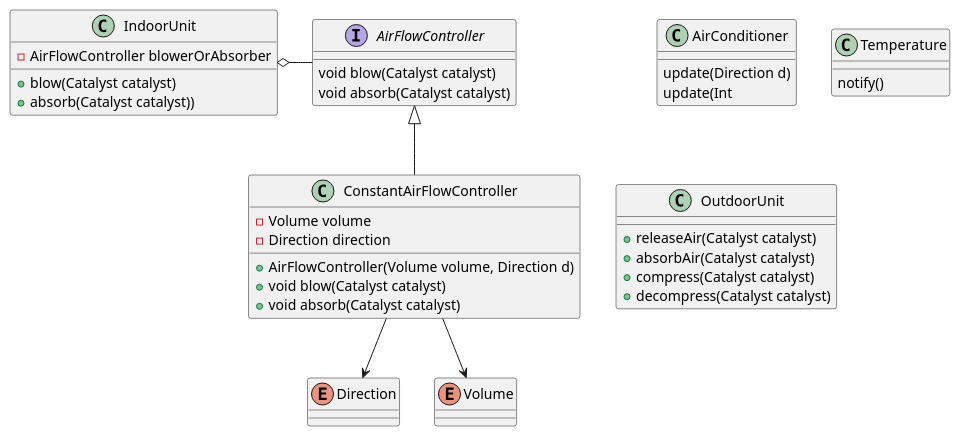
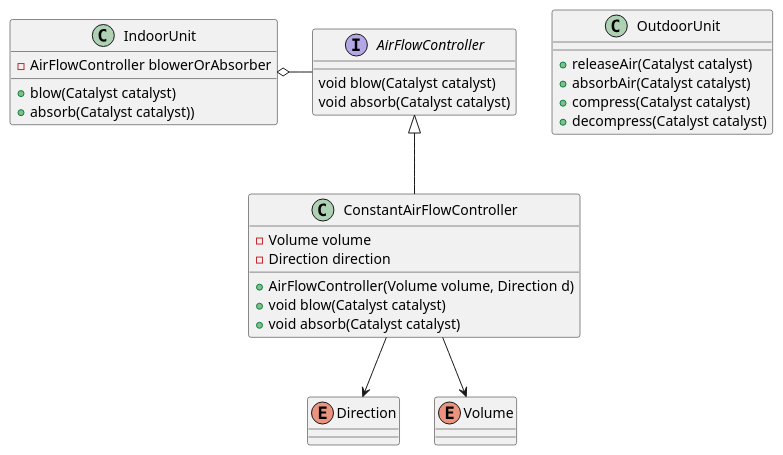
Before and after one commit to yatakeke/modeling-training: the diagram in air-conditioner.puml, drawn with PlantUML.

Commit message:
一時的に不要なクラスの削除

```diff
--- a/air-conditioner.puml
+++ b/air-conditioner.puml
@@ -1,55 +1,47 @@
 @startuml
 'https://plantuml.com/class-diagram
 
-class AirConditioner {
-update(Direction d)
-update(Int
-}
-
-class Temperature {
-notify()
-}
 'templateパターンでwarmとcoolが実装できるかも？
 
 '意図がindoorUnitと少し違うことを明確にするためにあえて違う名前にしてみた
 class OutdoorUnit {
 +releaseAir(Catalyst catalyst)
 +absorbAir(Catalyst catalyst)
 +compress(Catalyst catalyst)
 +decompress(Catalyst catalyst)
 }
 
 class IndoorUnit {
 -AirFlowController blowerOrAbsorber
 +blow(Catalyst catalyst)
 +absorb(Catalyst catalyst))
 }
 
 IndoorUnit o-right- AirFlowController
 
 interface AirFlowController {
 void blow(Catalyst catalyst)
 void absorb(Catalyst catalyst)
 }
 
 AirFlowController <|-- ConstantAirFlowController
 'TODO: autoとかの実装を後ほどする
 
 class ConstantAirFlowController {
 -Volume volume
 -Direction direction
 +AirFlowController(Volume volume, Direction d)
 +void blow(Catalyst catalyst)
 +void absorb(Catalyst catalyst)
 }
 
 ConstantAirFlowController --> Direction
 ConstantAirFlowController --> Volume
 
 enum Direction {
 }
 
 enum Volume {
 }
 
 @enduml
```
